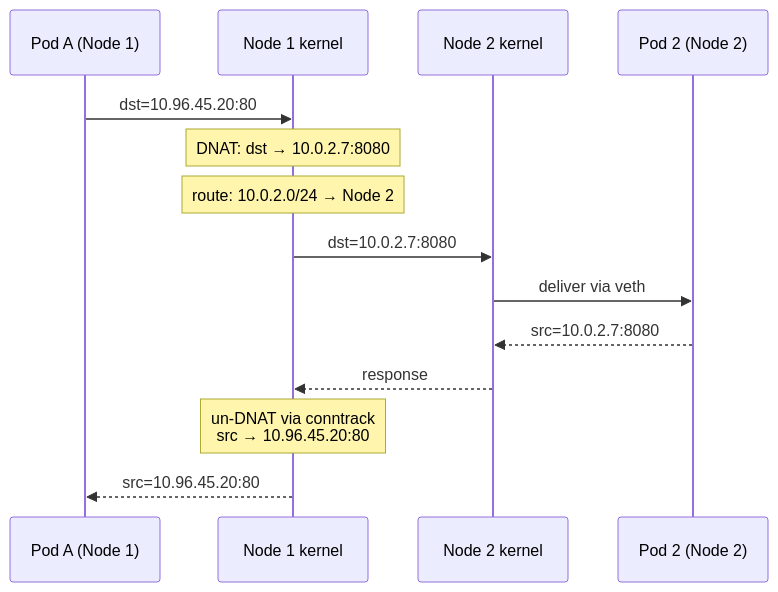
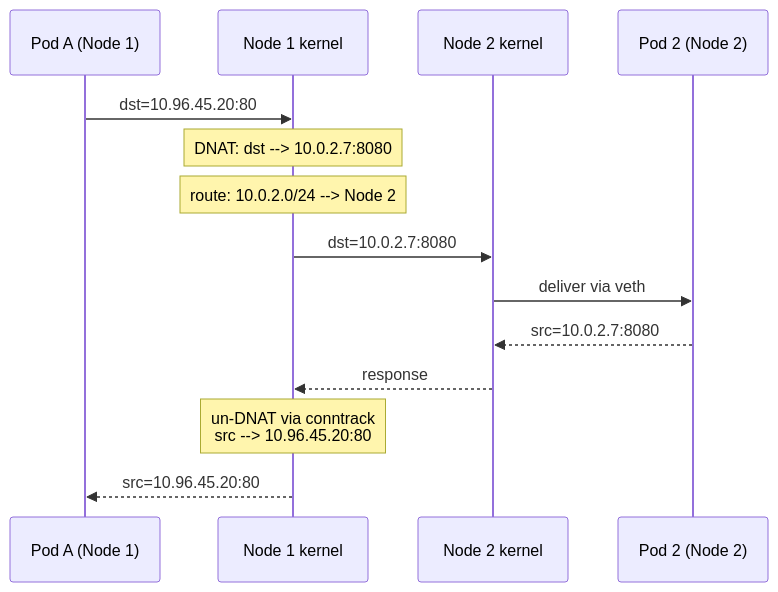
Before and after one commit to deepanshu-rawat6/tour-of-go: the third of 23 diagrams in devops/kubernetes/networking.md, drawn with Mermaid. The commit also changed other lines of this file and 25 other files, not shown here.

````diff
--- a/devops/kubernetes/networking.md
+++ b/devops/kubernetes/networking.md
@@ -105,17 +105,17 @@
 ```mermaid
 sequenceDiagram
     participant A as Pod A (Node 1)
     participant K1 as Node 1 kernel
     participant K2 as Node 2 kernel
     participant B as Pod 2 (Node 2)
 
     A->>K1: dst=10.96.45.20:80
-    Note over K1: DNAT: dst → 10.0.2.7:8080
-    Note over K1: route: 10.0.2.0/24 → Node 2
+    Note over K1: DNAT: dst --> 10.0.2.7:8080
+    Note over K1: route: 10.0.2.0/24 --> Node 2
     K1->>K2: dst=10.0.2.7:8080
     K2->>B: deliver via veth
     B-->>K2: src=10.0.2.7:8080
     K2-->>K1: response
-    Note over K1: un-DNAT via conntrack<br/>src → 10.96.45.20:80
+    Note over K1: un-DNAT via conntrack<br/>src --> 10.96.45.20:80
     K1-->>A: src=10.96.45.20:80
 ```
````
